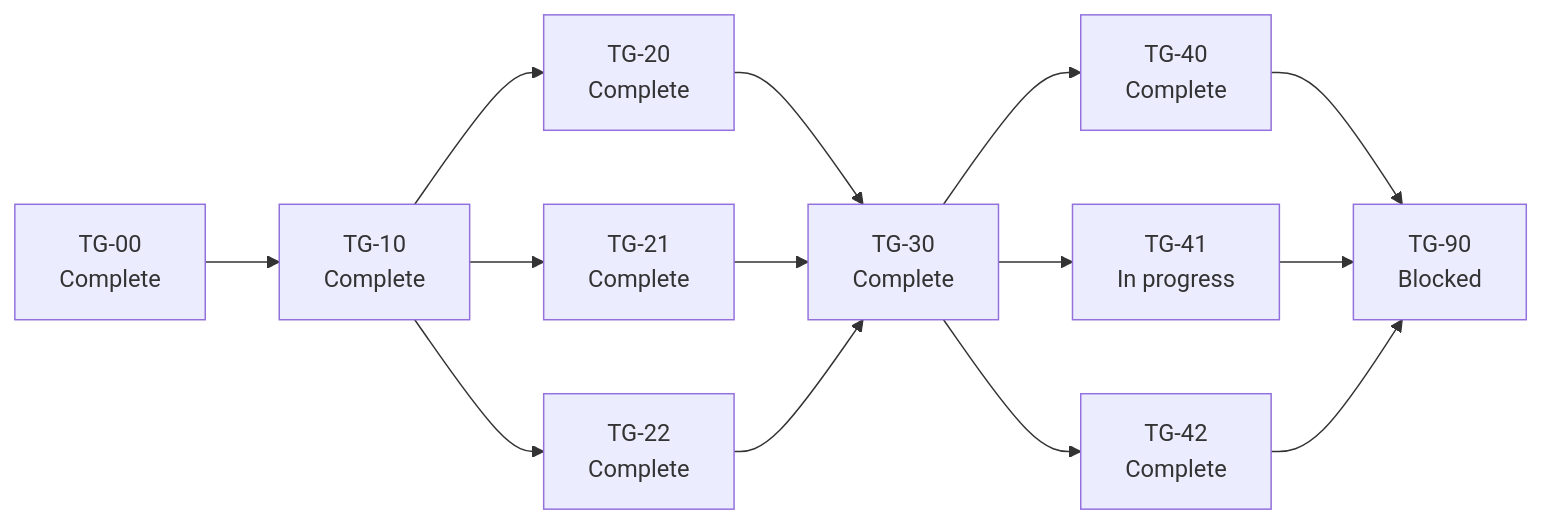
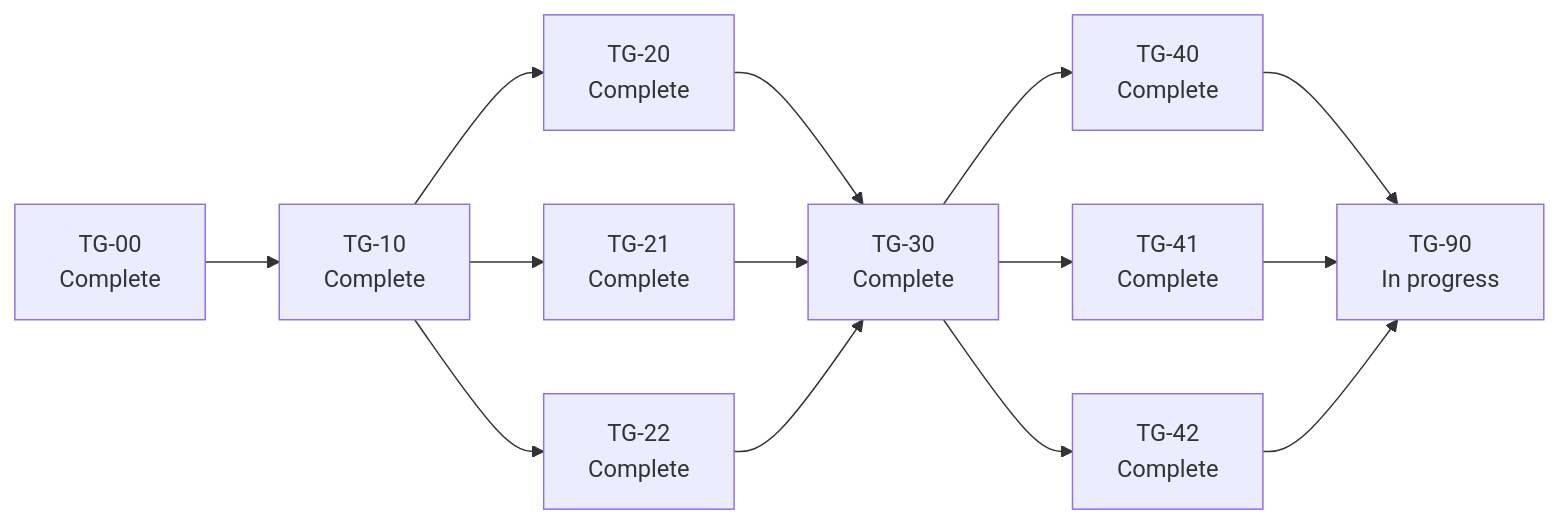
One commit to vatsalsaglani/rafu changed the diagram in docs/plans/phases/terminal-groups/manifest.md. Above: the diagram before and after it, drawn with Mermaid. The commit also changed other lines of this file, not shown here.

````diff
--- a/docs/plans/phases/terminal-groups/manifest.md
+++ b/docs/plans/phases/terminal-groups/manifest.md
@@ -9,27 +9,27 @@
 ```mermaid
 flowchart LR
     D["TG-00<br/>Complete"]
     C["TG-10<br/>Complete"]
     R["TG-20<br/>Complete"]
     V["TG-21<br/>Complete"]
     S["TG-22<br/>Complete"]
     W["TG-30<br/>Complete"]
     M["TG-40<br/>Complete"]
-    K["TG-41<br/>In progress"]
+    K["TG-41<br/>Complete"]
     A["TG-42<br/>Complete"]
-    Q["TG-90<br/>Blocked"]
+    Q["TG-90<br/>In progress"]
 
     D --> C
     C --> R
     C --> V
     C --> S
     R --> W
     V --> W
     S --> W
     W --> M
     W --> K
     W --> A
     M --> Q
     K --> Q
     A --> Q
 ```
````
